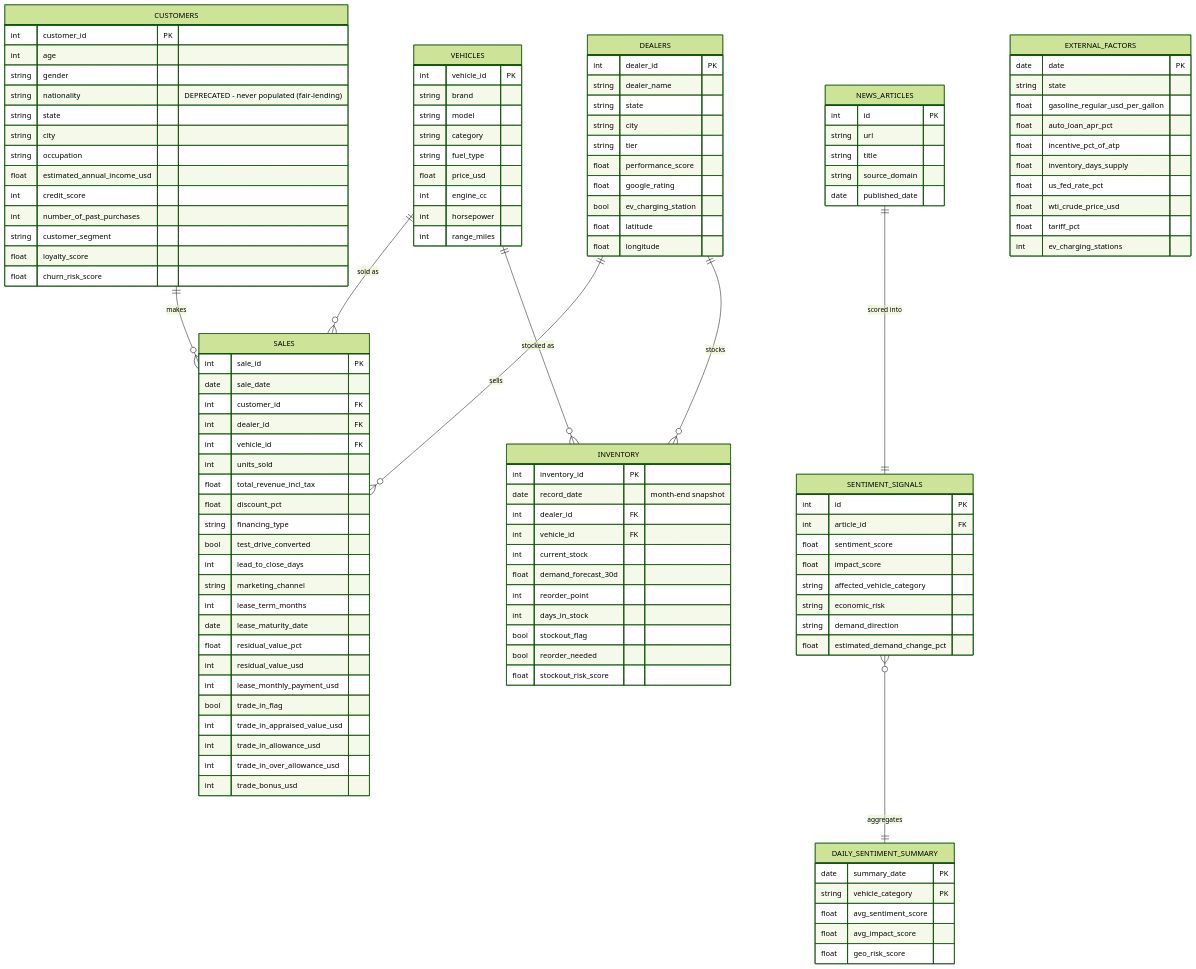
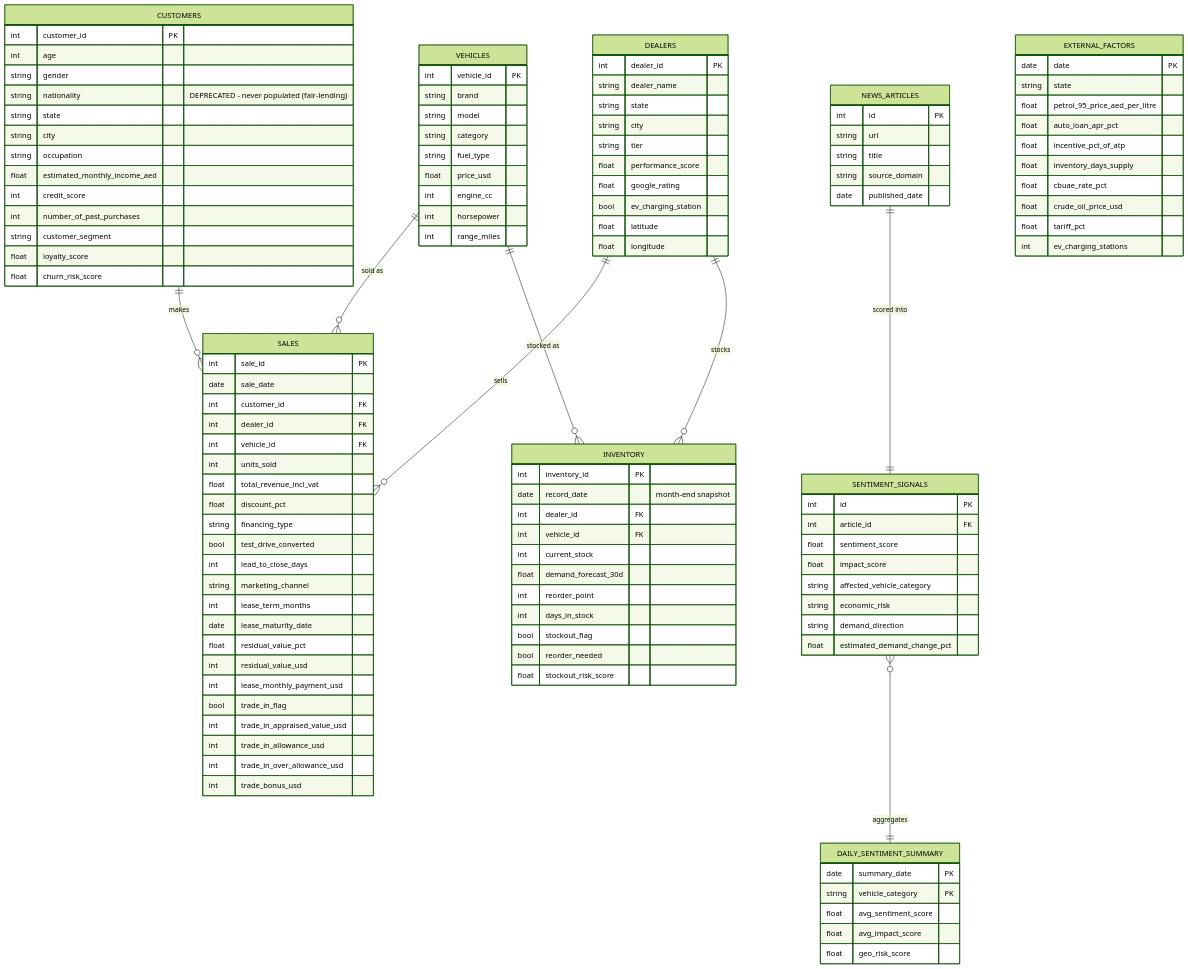
The second of 6 diagrams in TECHNICAL_DOCUMENTATION.md (pushpalhedau/Demand-Prediction), drawn with Mermaid (forest theme) before and after one commit. The commit also changed other lines of this file and 69 other files, not shown here.

```diff
--- a/TECHNICAL_DOCUMENTATION.md
+++ b/TECHNICAL_DOCUMENTATION.md
@@ -222,7 +223,7 @@
         string state
         string city
         string occupation
-        float estimated_annual_income_usd
+        float estimated_monthly_income_aed
         int credit_score
         int number_of_past_purchases
         string customer_segment
@@ -259,7 +260,7 @@
         int dealer_id FK
         int vehicle_id FK
         int units_sold
-        float total_revenue_incl_tax
+        float total_revenue_incl_vat
         float discount_pct
         string financing_type
         bool test_drive_converted
@@ -292,12 +293,12 @@
     EXTERNAL_FACTORS {
         date date PK
         string state
-        float gasoline_regular_usd_per_gallon
+        float petrol_95_price_aed_per_litre
         float auto_loan_apr_pct
         float incentive_pct_of_atp
         float inventory_days_supply
-        float us_fed_rate_pct
-        float wti_crude_price_usd
+        float cbuae_rate_pct
+        float crude_oil_price_usd
         float tariff_pct
         int ev_charging_stations
     }
```
